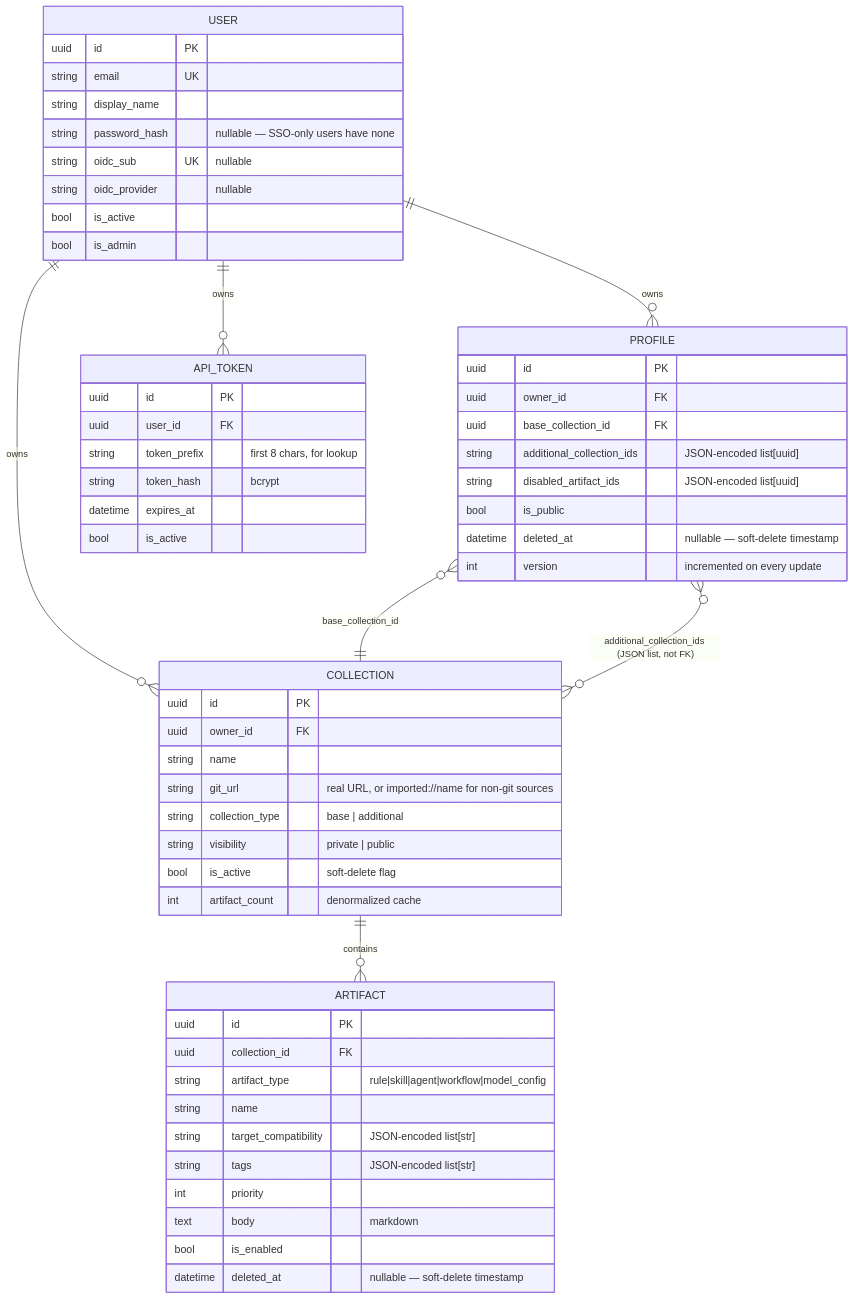
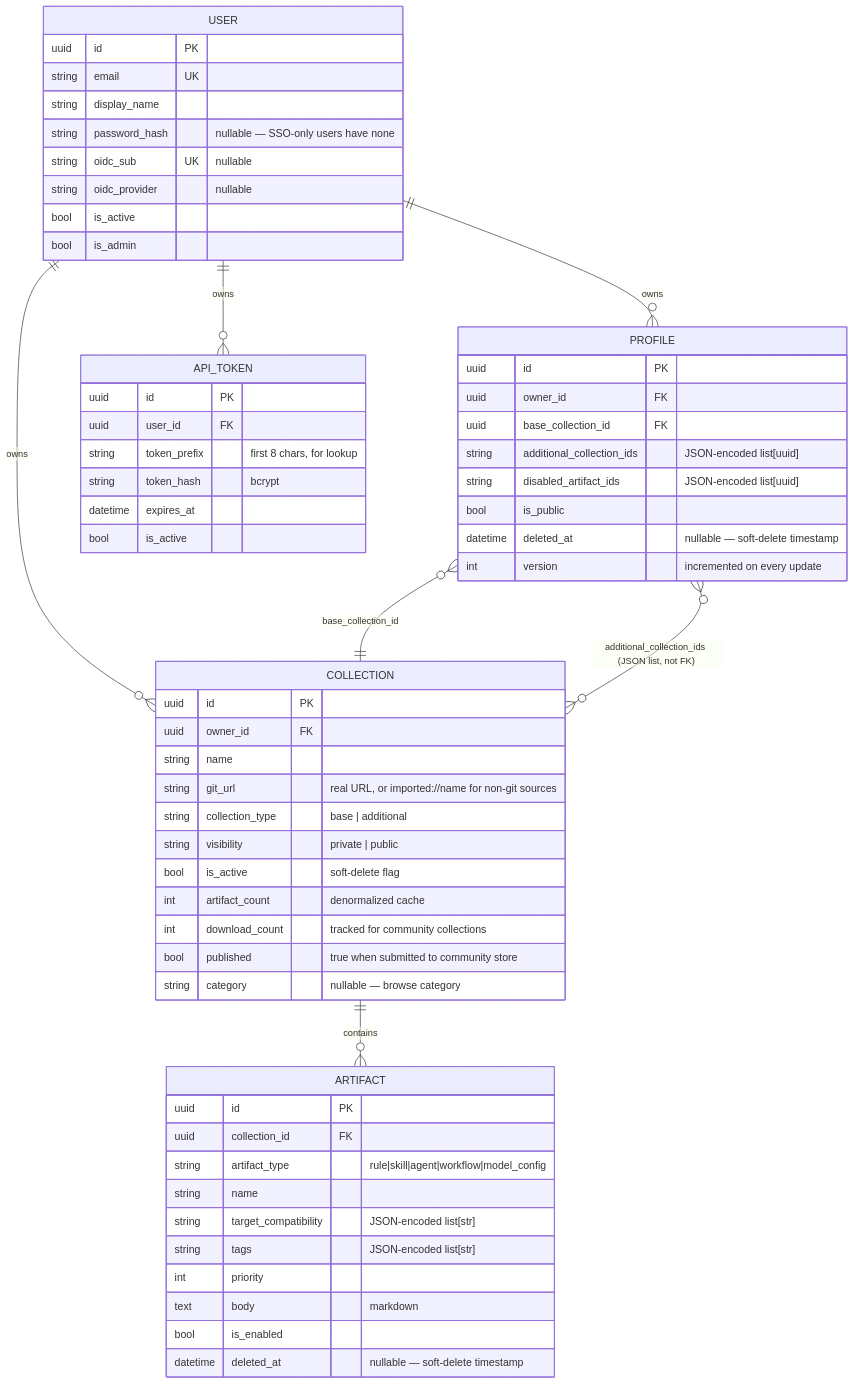
The diagram in docs/data-model.md (niels-emmer/myace), drawn with Mermaid before and after one commit. The commit also changed other lines of this file and 24 other files, not shown here.

First line of the commit message:
feat: public, private and shared collections — community store (#42)

````diff
--- a/docs/data-model.md
+++ b/docs/data-model.md
@@ -9,60 +9,63 @@
 ```mermaid
 erDiagram
     USER ||--o{ COLLECTION : owns
     USER ||--o{ PROFILE : owns
     USER ||--o{ API_TOKEN : owns
     COLLECTION ||--o{ ARTIFACT : contains
     PROFILE }o--|| COLLECTION : "base_collection_id"
     PROFILE }o--o{ COLLECTION : "additional_collection_ids (JSON list, not FK)"
 
     USER {
         uuid id PK
         string email UK
         string display_name
         string password_hash "nullable — SSO-only users have none"
         string oidc_sub UK "nullable"
         string oidc_provider "nullable"
         bool is_active
         bool is_admin
     }
     COLLECTION {
         uuid id PK
         uuid owner_id FK
         string name
         string git_url "real URL, or imported://name for non-git sources"
         string collection_type "base | additional"
         string visibility "private | public"
         bool is_active "soft-delete flag"
         int artifact_count "denormalized cache"
+        int download_count "tracked for community collections"
+        bool published "true when submitted to community store"
+        string category "nullable — browse category"
     }
     ARTIFACT {
         uuid id PK
         uuid collection_id FK
         string artifact_type "rule|skill|agent|workflow|model_config"
         string name
         string target_compatibility "JSON-encoded list[str]"
         string tags "JSON-encoded list[str]"
         int priority
         text body "markdown"
         bool is_enabled
         datetime deleted_at "nullable — soft-delete timestamp"
     }
     PROFILE {
         uuid id PK
         uuid owner_id FK
         uuid base_collection_id FK
         string additional_collection_ids "JSON-encoded list[uuid]"
         string disabled_artifact_ids "JSON-encoded list[uuid]"
         bool is_public
         datetime deleted_at "nullable — soft-delete timestamp"
         int version "incremented on every update"
     }
     API_TOKEN {
         uuid id PK
         uuid user_id FK
         string token_prefix "first 8 chars, for lookup"
         string token_hash "bcrypt"
         datetime expires_at
         bool is_active
     }
 ```
````
